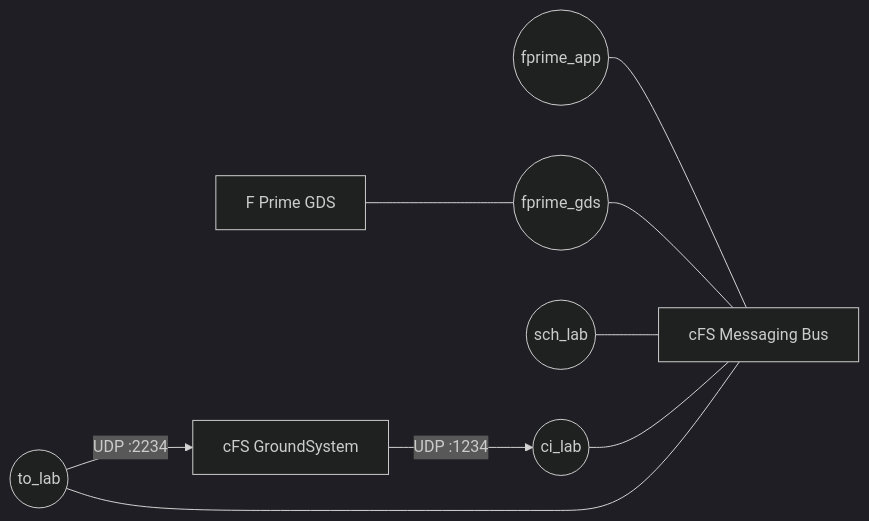
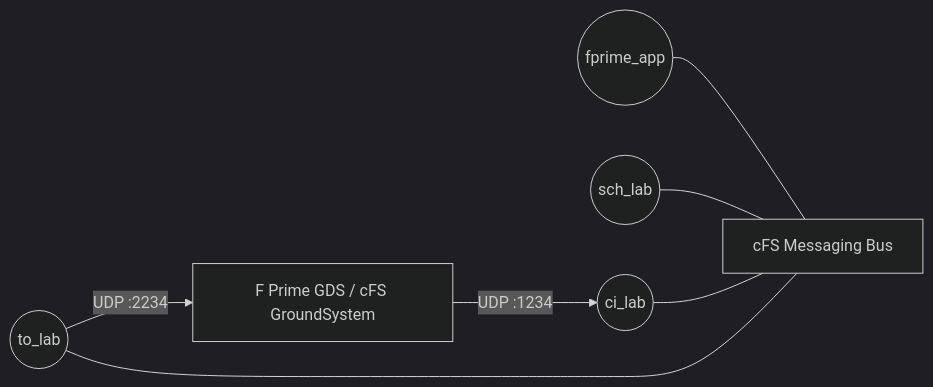
The diagram in README.md (fprime-community/fprime_cfs_reference), drawn with Mermaid (dark theme) before and after one commit. The commit also changed other lines of this file and 6 other files, not shown here.

First line of the commit message:
Reach the F Prime GDS through ci_lab/to_lab; retire the fprime_gds bridge app (#44)

````diff
--- a/README.md
+++ b/README.md
@@ -20,11 +30,9 @@
 ```mermaid
 flowchart LR
     fprime_app(("fprime_app")) --- Bus[cFS Messaging Bus]
-    fprime_gds(("fprime_gds")) --- Bus
     sch_lab(("sch_lab")) --- Bus
     ci_lab(("ci_lab")) --- Bus
     to_lab(("to_lab")) --- Bus
-    gds["F Prime GDS"] --- fprime_gds
-    cfsgds["cFS GroundSystem"] -- "UDP :1234" --> ci_lab
-    to_lab -- "UDP :2234" --> cfsgds
+    gds["F Prime GDS / cFS GroundSystem"] -- "UDP :1234" --> ci_lab
+    to_lab -- "UDP :2234" --> gds
 ```
````
